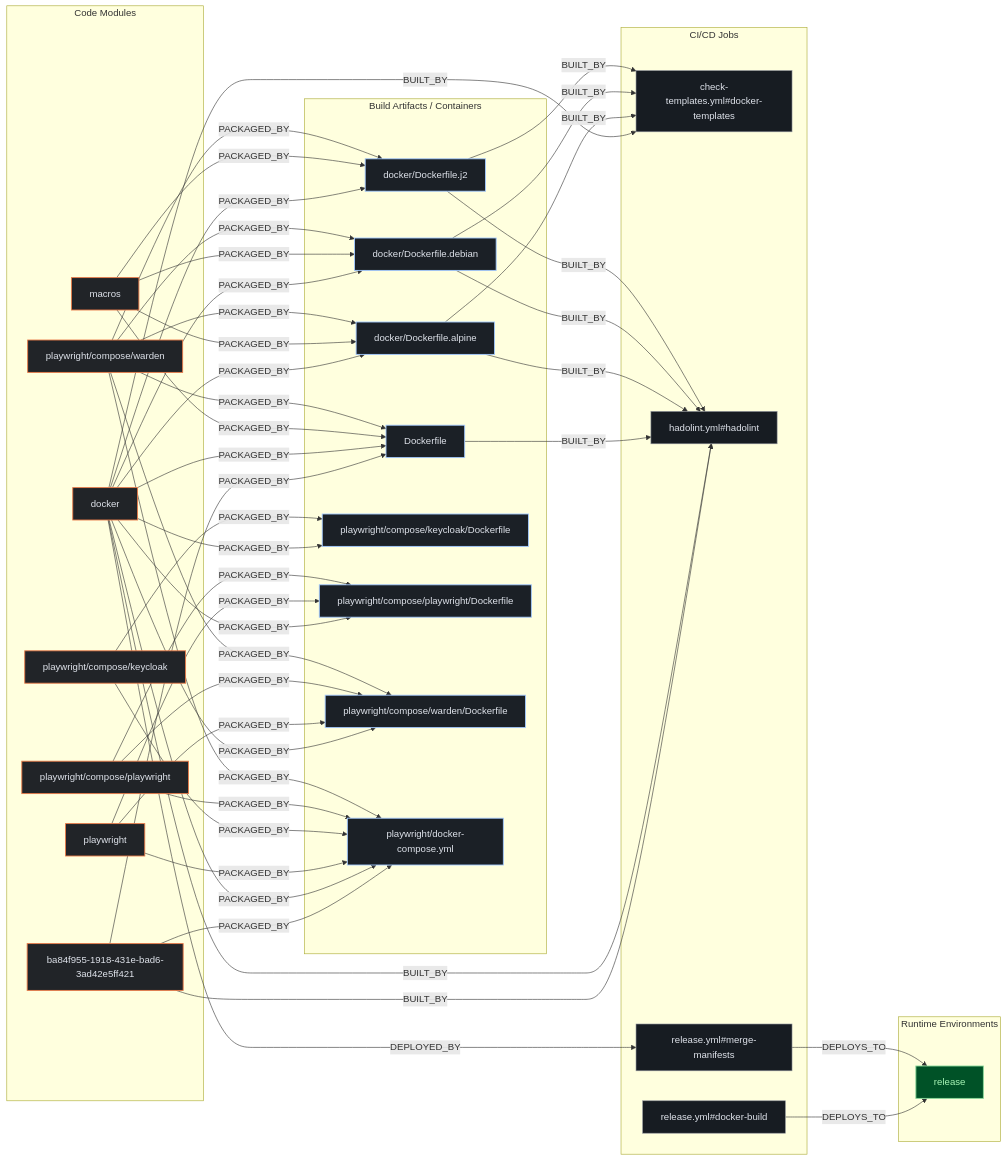
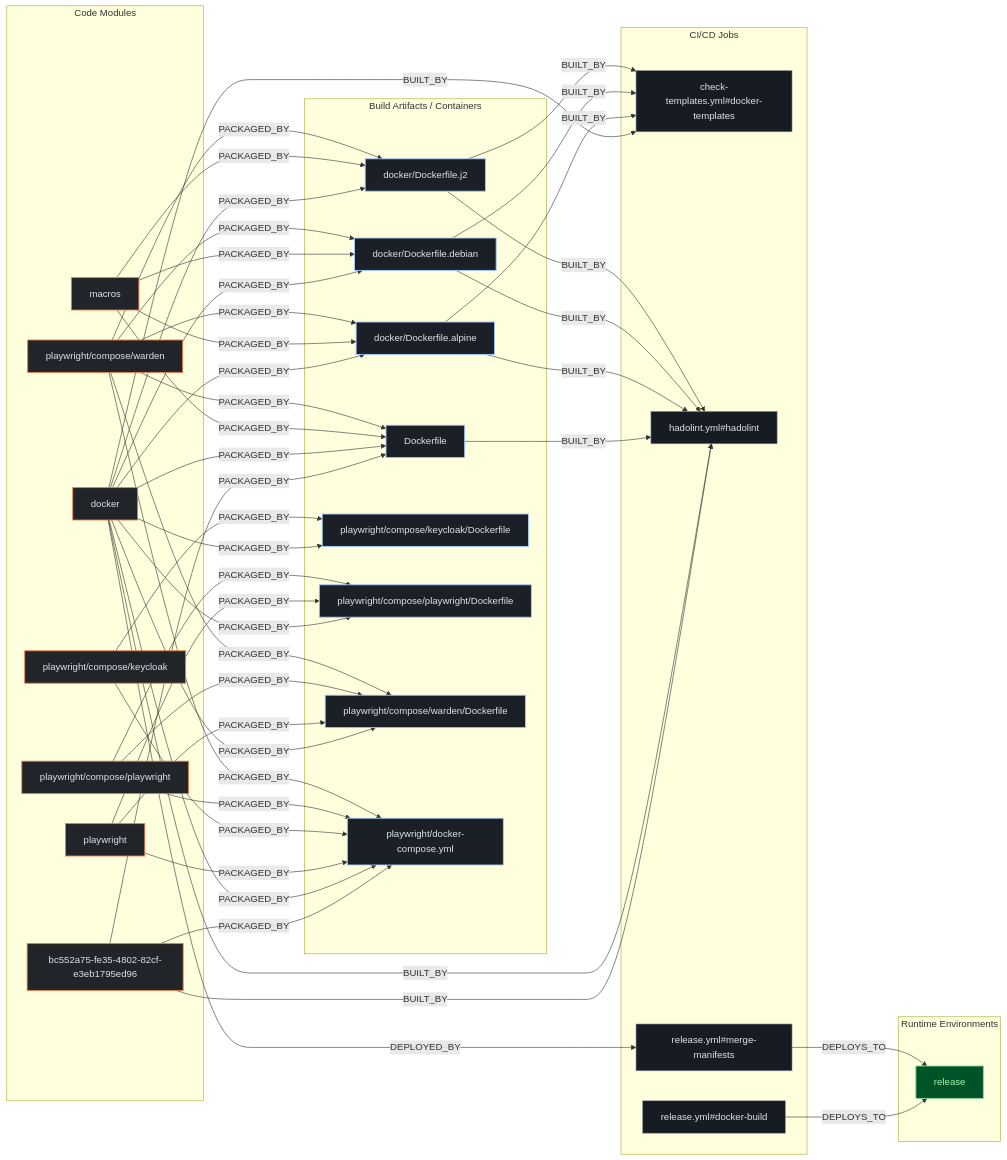
Before and after one commit to kumarshaz/atruss-code-atlas: the second of 3 diagrams in exports/latest/reports/dani-garcia-vaultwarden-report.md, drawn with Mermaid. The commit also changed other lines of this file and 51 other files, not shown here.

````diff
--- a/exports/latest/reports/dani-garcia-vaultwarden-report.md
+++ b/exports/latest/reports/dani-garcia-vaultwarden-report.md
@@ -252,77 +226,77 @@
 ```mermaid
 flowchart LR
     %% title: Code-to-Cloud Deployment Traceability
     classDef atlasCategory fill:#212428,stroke:#E87A48,stroke-width:1.5px,color:#dfe3eb
     classDef atlasWorkflow fill:#1b2026,stroke:#a3c9ff,stroke-width:1.5px,color:#dfe3eb
     classDef atlasJob fill:#171c22,stroke:#8d9199,stroke-width:1px,color:#dfe3eb
     classDef atlasTarget fill:#005227,stroke:#8bd99b,stroke-width:1.5px,color:#a7f6b6
     subgraph code_modules["Code Modules"]
-        mod_ba84f955_1918_431e_bad6_3ad42e5ff421["ba84f955-1918-431e-bad6-3ad42e5ff421"]:::atlasCategory
+        mod_bc552a75_fe35_4802_82cf_e3eb1795ed96["bc552a75-fe35-4802-82cf-e3eb1795ed96"]:::atlasCategory
         mod_docker["docker"]:::atlasCategory
         mod_macros["macros"]:::atlasCategory
         mod_playwright["playwright"]:::atlasCategory
         mod_playwright_compose_keycloak["playwright/compose/keycloak"]:::atlasCategory
         mod_playwright_compose_playwright["playwright/compose/playwright"]:::atlasCategory
         mod_playwright_compose_warden["playwright/compose/warden"]:::atlasCategory
     end
     subgraph build_artifacts["Build Artifacts / Containers"]
         art_Dockerfile["Dockerfile"]:::atlasWorkflow
         art_docker_Dockerfile_alpine["docker/Dockerfile.alpine"]:::atlasWorkflow
         art_docker_Dockerfile_debian["docker/Dockerfile.debian"]:::atlasWorkflow
         art_docker_Dockerfile_j2["docker/Dockerfile.j2"]:::atlasWorkflow
         art_playwright_compose_keycloak_Dockerfile["playwright/compose/keycloak/Dockerfile"]:::atlasWorkflow
         art_playwright_compose_playwright_Dockerfile["playwright/compose/playwright/Dockerfile"]:::atlasWorkflow
         art_playwright_compose_warden_Dockerfile["playwright/compose/warden/Dockerfile"]:::atlasWorkflow
         art_playwright_docker_compose_yml["playwright/docker-compose.yml"]:::atlasWorkflow
     end
     subgraph ci_jobs["CI/CD Jobs"]
         job_check_templates_yml_docker_templates["check-templates.yml#docker-templates"]:::atlasJob
         job_hadolint_yml_hadolint["hadolint.yml#hadolint"]:::atlasJob
         job_release_yml_docker_build["release.yml#docker-build"]:::atlasJob
         job_release_yml_merge_manifests["release.yml#merge-manifests"]:::atlasJob
     end
     subgraph runtime_envs["Runtime Environments"]
         env_release["release"]:::atlasTarget
     end
     job_release_yml_docker_build -->|DEPLOYS_TO| env_release
     job_release_yml_merge_manifests -->|DEPLOYS_TO| env_release
-    mod_ba84f955_1918_431e_bad6_3ad42e5ff421 -->|BUILT_BY| job_hadolint_yml_hadolint
-    mod_ba84f955_1918_431e_bad6_3ad42e5ff421 -->|PACKAGED_BY| art_Dockerfile
-    mod_ba84f955_1918_431e_bad6_3ad42e5ff421 -->|PACKAGED_BY| art_playwright_docker_compose_yml
+    mod_bc552a75_fe35_4802_82cf_e3eb1795ed96 -->|BUILT_BY| job_hadolint_yml_hadolint
+    mod_bc552a75_fe35_4802_82cf_e3eb1795ed96 -->|PACKAGED_BY| art_Dockerfile
+    mod_bc552a75_fe35_4802_82cf_e3eb1795ed96 -->|PACKAGED_BY| art_playwright_docker_compose_yml
     mod_docker -->|BUILT_BY| job_check_templates_yml_docker_templates
     mod_docker -->|BUILT_BY| job_hadolint_yml_hadolint
     mod_docker -->|DEPLOYED_BY| job_release_yml_merge_manifests
     mod_docker -->|PACKAGED_BY| art_Dockerfile
     mod_docker -->|PACKAGED_BY| art_docker_Dockerfile_alpine
     mod_docker -->|PACKAGED_BY| art_docker_Dockerfile_debian
     mod_docker -->|PACKAGED_BY| art_docker_Dockerfile_j2
     mod_docker -->|PACKAGED_BY| art_playwright_compose_keycloak_Dockerfile
     mod_docker -->|PACKAGED_BY| art_playwright_compose_playwright_Dockerfile
     mod_docker -->|PACKAGED_BY| art_playwright_compose_warden_Dockerfile
     mod_docker -->|PACKAGED_BY| art_playwright_docker_compose_yml
     mod_macros -->|PACKAGED_BY| art_Dockerfile
     mod_macros -->|PACKAGED_BY| art_docker_Dockerfile_alpine
     mod_macros -->|PACKAGED_BY| art_docker_Dockerfile_debian
     mod_macros -->|PACKAGED_BY| art_docker_Dockerfile_j2
     mod_playwright -->|PACKAGED_BY| art_playwright_compose_playwright_Dockerfile
     mod_playwright -->|PACKAGED_BY| art_playwright_compose_warden_Dockerfile
     mod_playwright -->|PACKAGED_BY| art_playwright_docker_compose_yml
     mod_playwright_compose_keycloak -->|PACKAGED_BY| art_playwright_compose_keycloak_Dockerfile
     mod_playwright_compose_keycloak -->|PACKAGED_BY| art_playwright_docker_compose_yml
     mod_playwright_compose_playwright -->|PACKAGED_BY| art_playwright_compose_playwright_Dockerfile
     mod_playwright_compose_playwright -->|PACKAGED_BY| art_playwright_compose_warden_Dockerfile
     mod_playwright_compose_playwright -->|PACKAGED_BY| art_playwright_docker_compose_yml
     mod_playwright_compose_warden -->|PACKAGED_BY| art_Dockerfile
     mod_playwright_compose_warden -->|PACKAGED_BY| art_docker_Dockerfile_alpine
     mod_playwright_compose_warden -->|PACKAGED_BY| art_docker_Dockerfile_debian
     mod_playwright_compose_warden -->|PACKAGED_BY| art_docker_Dockerfile_j2
     mod_playwright_compose_warden -->|PACKAGED_BY| art_playwright_compose_warden_Dockerfile
     mod_playwright_compose_warden -->|PACKAGED_BY| art_playwright_docker_compose_yml
     art_Dockerfile -->|BUILT_BY| job_hadolint_yml_hadolint
     art_docker_Dockerfile_alpine -->|BUILT_BY| job_check_templates_yml_docker_templates
     art_docker_Dockerfile_alpine -->|BUILT_BY| job_hadolint_yml_hadolint
     art_docker_Dockerfile_debian -->|BUILT_BY| job_check_templates_yml_docker_templates
     art_docker_Dockerfile_debian -->|BUILT_BY| job_hadolint_yml_hadolint
     art_docker_Dockerfile_j2 -->|BUILT_BY| job_check_templates_yml_docker_templates
     art_docker_Dockerfile_j2 -->|BUILT_BY| job_hadolint_yml_hadolint
 ```
````
